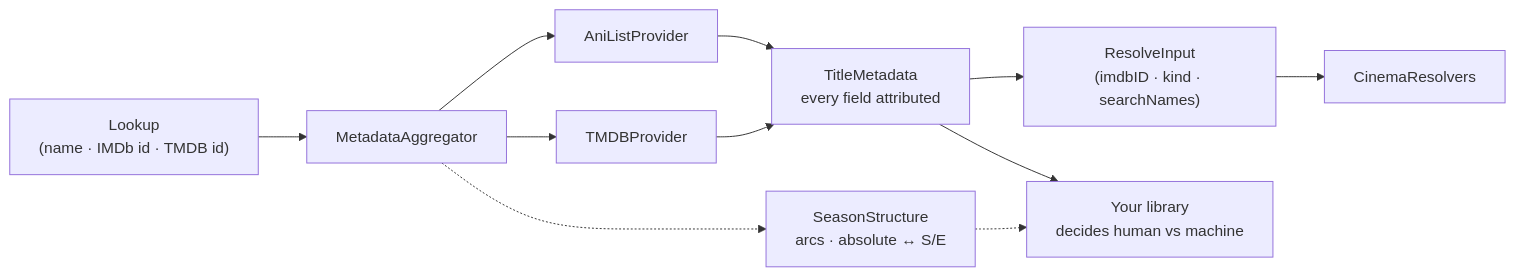
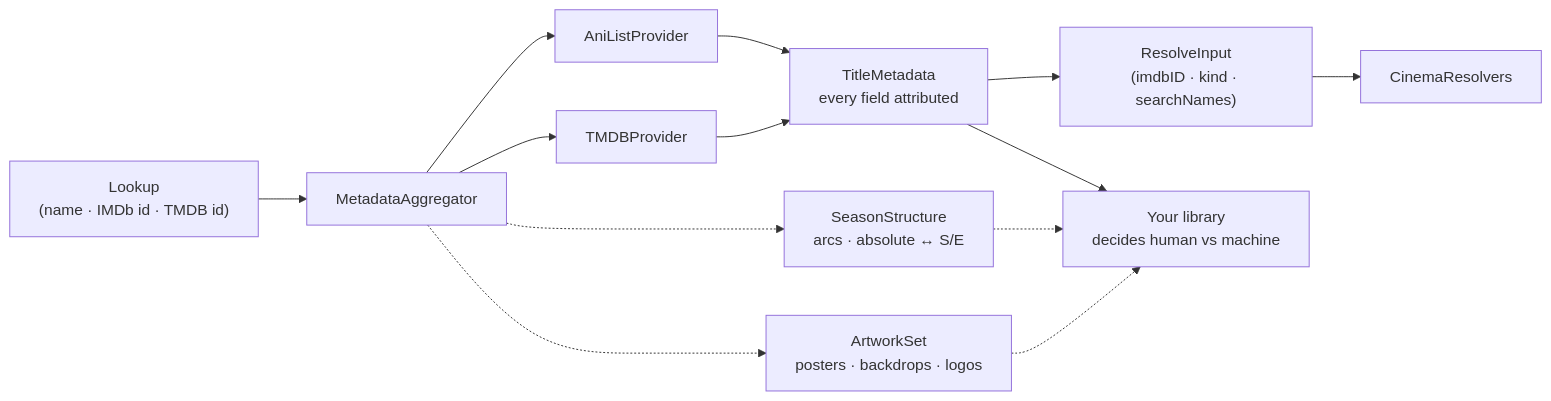
Before and after one commit to Nico8324/Slate: the diagram in README.md, drawn with Mermaid. The commit also changed other lines of this file and 9 other files, not shown here.

````diff
--- a/README.md
+++ b/README.md
@@ -20,13 +20,15 @@
 ```mermaid
 flowchart LR
     A["Lookup<br/>(name · IMDb id · TMDB id)"] --> B[MetadataAggregator]
     B --> C[AniListProvider]
     B --> D[TMDBProvider]
     C --> E["TitleMetadata<br/>every field attributed"]
     D --> E
     E --> F["ResolveInput<br/>(imdbID · kind · searchNames)"]
     E --> G["Your library<br/>decides human vs machine"]
     F --> H["CinemaResolvers"]
     B -.-> S["SeasonStructure<br/>arcs · absolute ↔ S/E"]
+    B -.-> A2["ArtworkSet<br/>posters · backdrops · logos"]
     S -.-> G
+    A2 -.-> G
 ```
````
